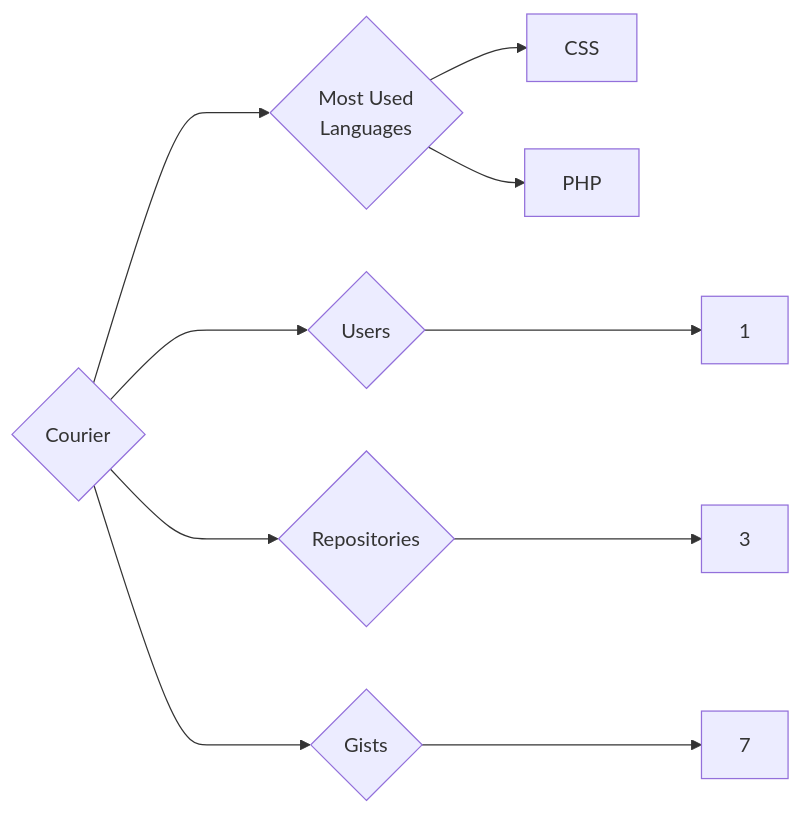
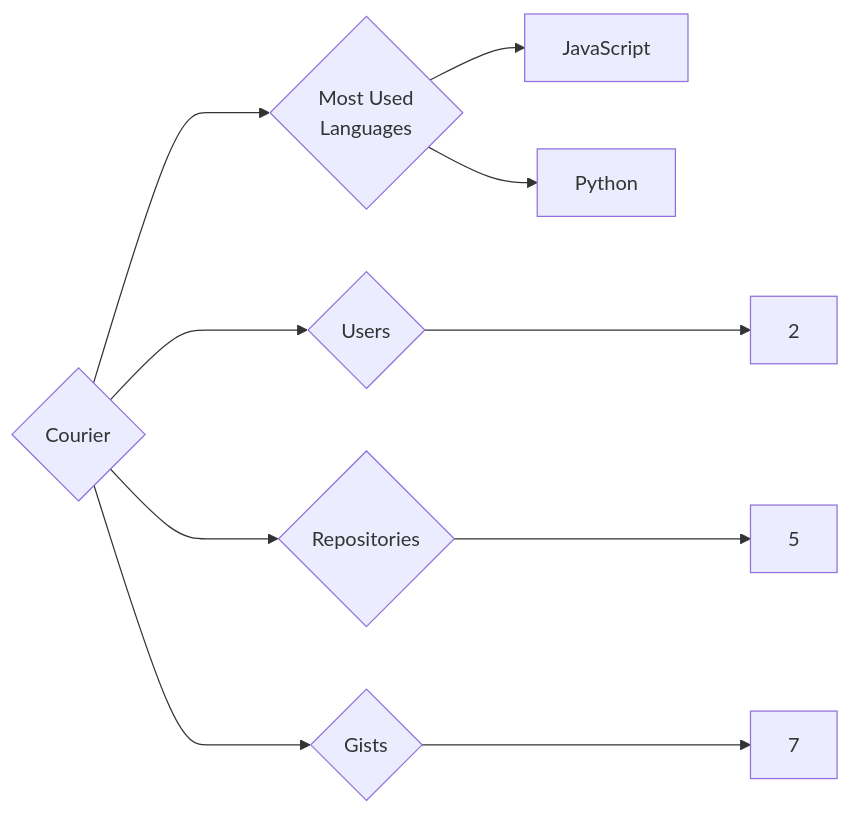
One commit to trickest/insiders changed the diagram in targets/Courier/README.md. Above: the diagram before and after it, drawn with Mermaid. The commit also changed 985 other files, not shown here.

````diff
--- a/targets/Courier/README.md
+++ b/targets/Courier/README.md
@@ -3,10 +3,10 @@
 ```mermaid
 graph LR
 COMPANY_NAME{Courier}
-COMPANY_NAME ---> U{Users} ---> UN[1]
-COMPANY_NAME ---> R{Repositories} ---> RN[3]
+COMPANY_NAME ---> U{Users} ---> UN[2]
+COMPANY_NAME ---> R{Repositories} ---> RN[5]
 COMPANY_NAME ---> G{Gists} ---> GN[7]
 COMPANY_NAME ---> ML{Most Used<br>Languages}
-ML --> CSS[CSS]
-ML --> PHP[PHP]
+ML --> JavaScript[JavaScript]
+ML --> Python[Python]
 ```
````
